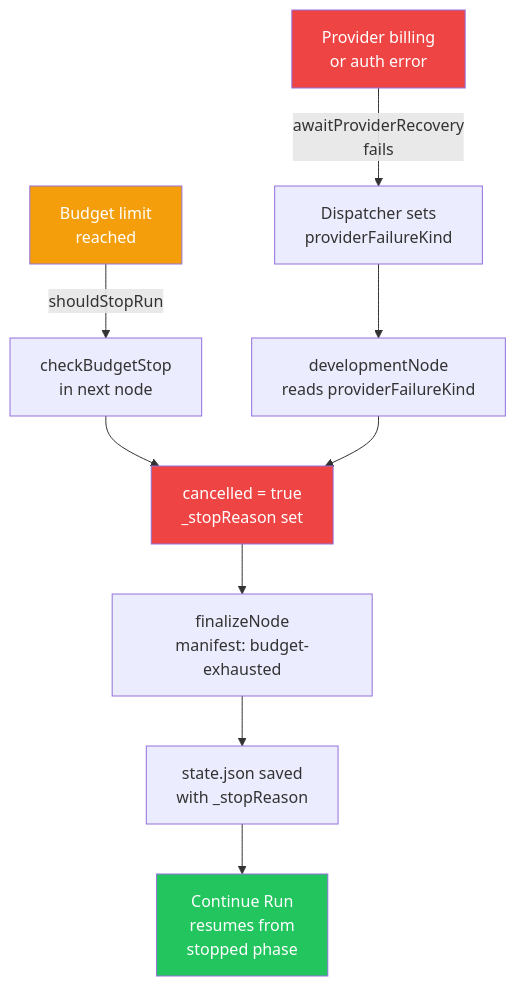
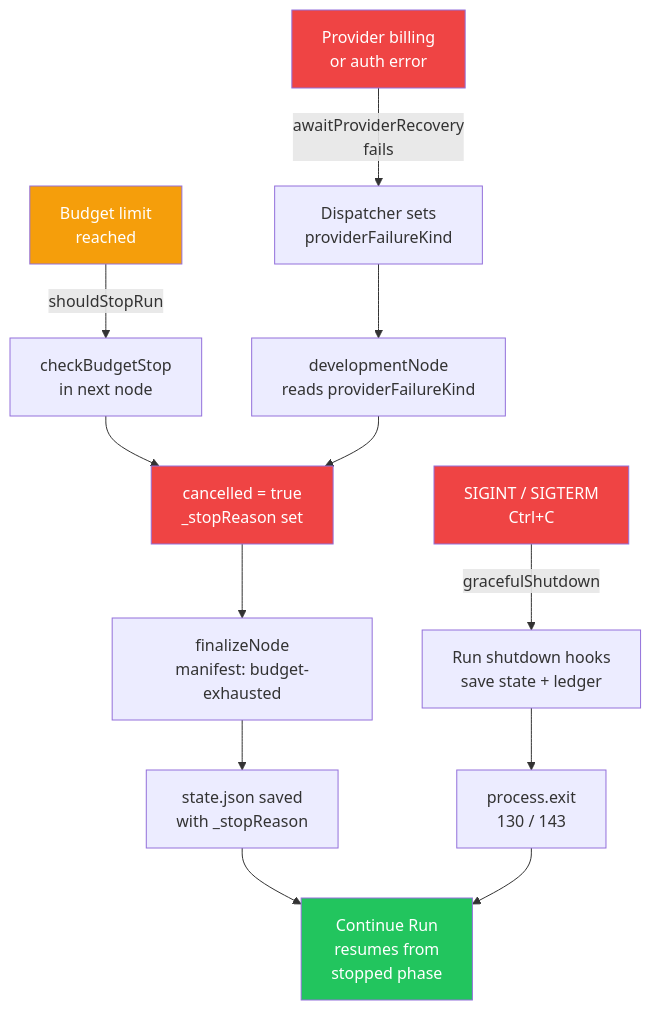
Before and after one commit to ErezKon/AgenticDevTeam: the eighth of 9 diagrams in README.md, drawn with Mermaid. The commit also changed other lines of this file and 19 other files, not shown here.

Commit message:
Plan 27 Sequential Dispatch, Shell Enablement, Budget Overhaul, Planning Integrity & Graceful Shutdown

````diff
--- a/README.md
+++ b/README.md
@@ -453,16 +453,20 @@
 ```mermaid
 flowchart TD
     BUDGET[Budget limit<br/>reached] -->|shouldStopRun| CHECK[checkBudgetStop<br/>in next node]
     PROVIDER[Provider billing<br/>or auth error] -->|awaitProviderRecovery<br/>fails| DISPATCH[Dispatcher sets<br/>providerFailureKind]
+    SIGINT[SIGINT / SIGTERM<br/>Ctrl+C] -->|gracefulShutdown| HOOKS[Run shutdown hooks<br/>save state + ledger]
     CHECK --> CANCEL[cancelled = true<br/>_stopReason set]
     DISPATCH --> DEVNODE[developmentNode<br/>reads providerFailureKind]
     DEVNODE --> CANCEL
+    HOOKS --> EXIT[process.exit<br/>130 / 143]
     CANCEL --> FIN[finalizeNode<br/>manifest: budget-exhausted]
     FIN --> STATE[state.json saved<br/>with _stopReason]
     STATE --> CONTINUE[Continue Run<br/>resumes from<br/>stopped phase]
+    EXIT --> CONTINUE
 
     style BUDGET fill:#f59e0b,color:#fff
     style PROVIDER fill:#ef4444,color:#fff
+    style SIGINT fill:#ef4444,color:#fff
     style CANCEL fill:#ef4444,color:#fff
     style CONTINUE fill:#22c55e,color:#fff
 ```
````
